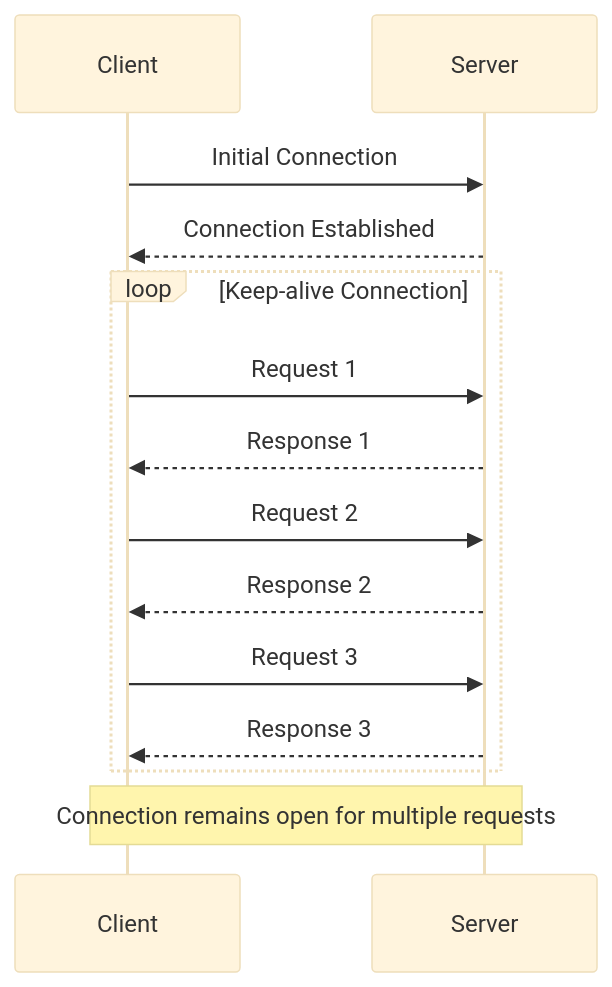
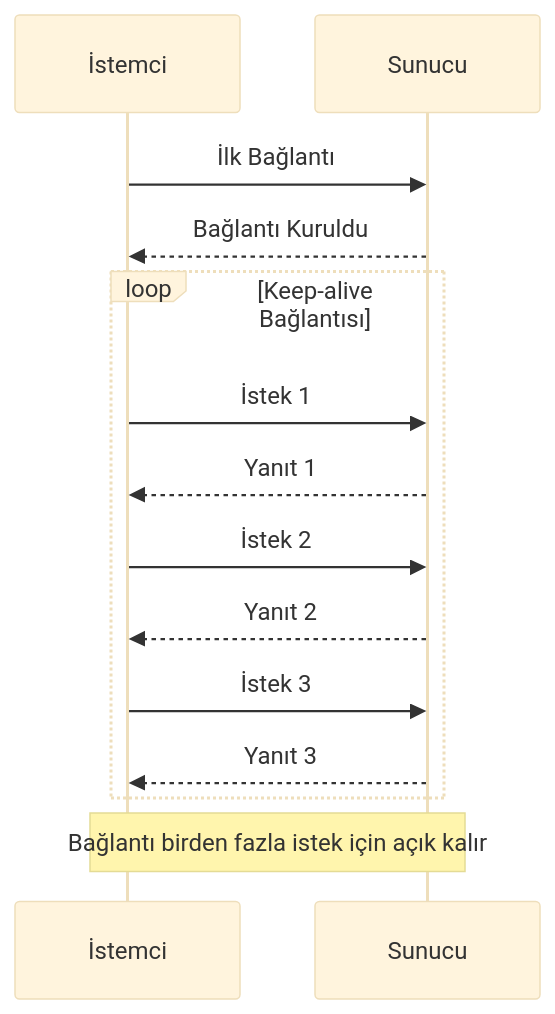
One commit to endmr11/system_design changed the seventh of 7 diagrams in backend/basics/request-response-model.md. Above: the diagram before and after it, drawn with Mermaid (base theme). The commit also changed other lines of this file, not shown here.

````diff
--- a/backend/basics/request-response-model.md
+++ b/backend/basics/request-response-model.md
@@ -220,19 +220,19 @@
 ```mermaid
 sequenceDiagram
-    participant Client
-    participant Server
+    participant Client as İstemci
+    participant Server as Sunucu
     
-    Client->>Server: Initial Connection
-    Server-->>Client: Connection Established
+    Client->>Server: İlk Bağlantı
+    Server-->>Client: Bağlantı Kuruldu
     
-    loop Keep-alive Connection
-        Client->>Server: Request 1
-        Server-->>Client: Response 1
-        Client->>Server: Request 2
-        Server-->>Client: Response 2
-        Client->>Server: Request 3
-        Server-->>Client: Response 3
+    loop Keep-alive Bağlantısı
+        Client->>Server: İstek 1
+        Server-->>Client: Yanıt 1
+        Client->>Server: İstek 2
+        Server-->>Client: Yanıt 2
+        Client->>Server: İstek 3
+        Server-->>Client: Yanıt 3
     end
     
-    Note over Client,Server: Connection remains open for multiple requests
+    Note over Client,Server: Bağlantı birden fazla istek için açık kalır
 ```
````
